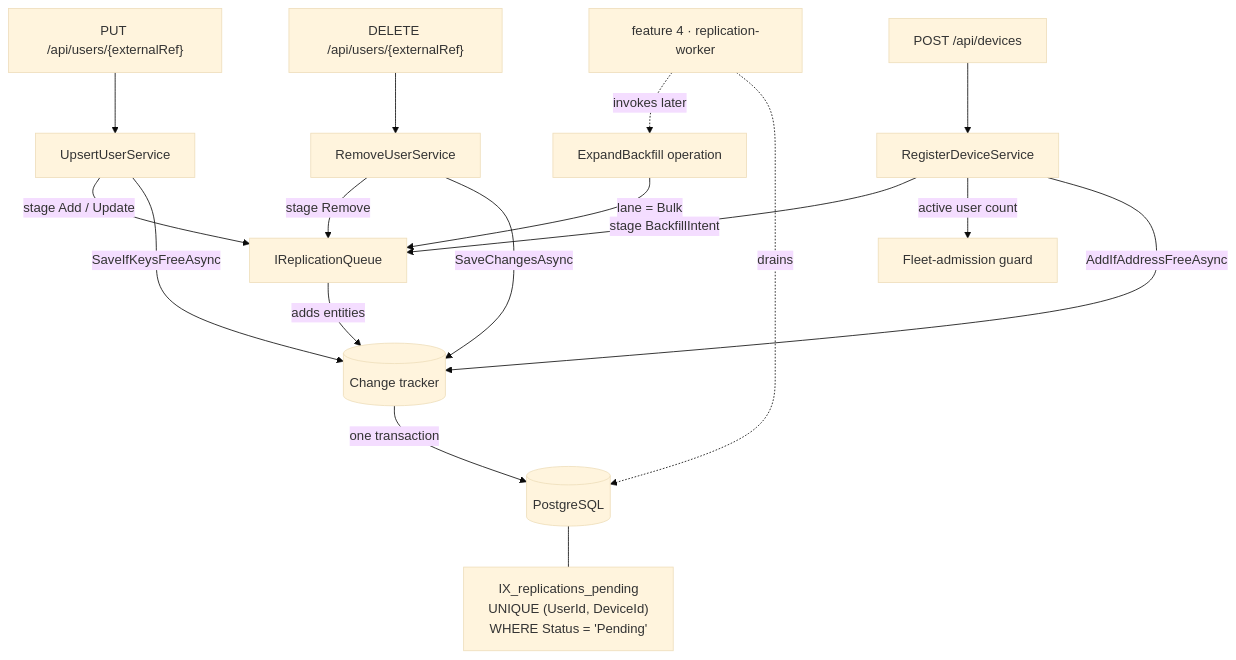
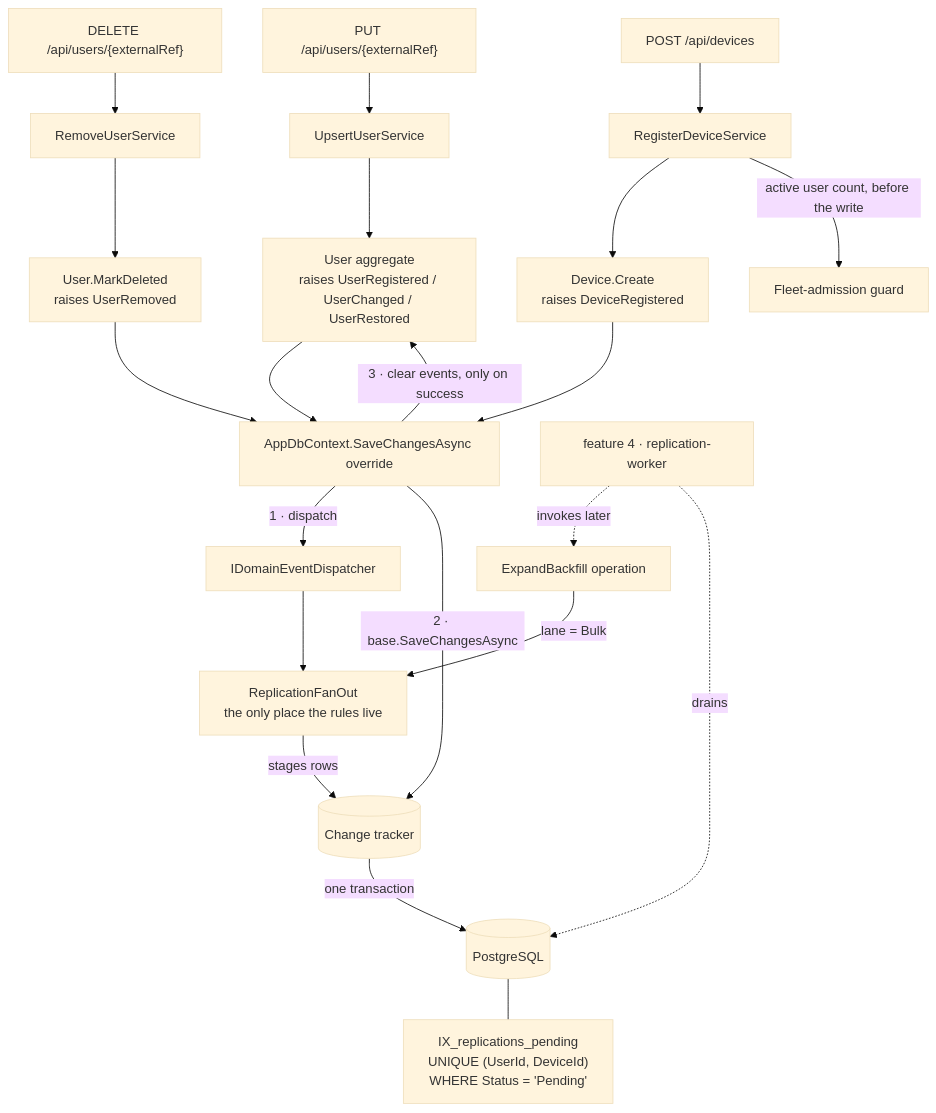
One commit to obogoni/hikvision-replicator changed the diagram in .specs/features/replication-queue/design.md. Above: the diagram before and after it, drawn with Mermaid (base theme). The commit also changed other lines of this file and 1 other file, not shown here.

````diff
--- a/.specs/features/replication-queue/design.md
+++ b/.specs/features/replication-queue/design.md
@@ -18,23 +27,27 @@
 ```mermaid
 graph TD
     PUT["PUT /api/users/{externalRef}"] --> UPS[UpsertUserService]
     DEL["DELETE /api/users/{externalRef}"] --> REM[RemoveUserService]
     REG["POST /api/devices"] --> RGD[RegisterDeviceService]
 
-    UPS -->|stage Add / Update| Q[IReplicationQueue]
-    REM -->|stage Remove| Q
-    RGD -->|stage BackfillIntent| Q
-    RGD -->|active user count| GUARD[Fleet-admission guard]
+    UPS --> AGG["User aggregate<br/>raises UserRegistered / UserChanged / UserRestored"]
+    REM --> AGG2["User.MarkDeleted<br/>raises UserRemoved"]
+    RGD --> AGG3["Device.Create<br/>raises DeviceRegistered"]
+    RGD -->|active user count, before the write| GUARD[Fleet-admission guard]
 
-    Q -->|adds entities| CT[(Change tracker)]
-    UPS -->|SaveIfKeysFreeAsync| CT
-    REM -->|SaveChangesAsync| CT
-    RGD -->|AddIfAddressFreeAsync| CT
+    AGG --> SAVE
+    AGG2 --> SAVE
+    AGG3 --> SAVE
+    SAVE["AppDbContext.SaveChangesAsync override"] -->|1 · dispatch| DISP[IDomainEventDispatcher]
+    DISP --> FAN["ReplicationFanOut<br/>the only place the rules live"]
+    FAN -->|stages rows| CT[(Change tracker)]
+    SAVE -->|2 · base.SaveChangesAsync| CT
+    CT -->|one transaction| DB[(PostgreSQL)]
+    SAVE -->|3 · clear events, only on success| AGG
 
-    CT -->|one transaction| DB[(PostgreSQL)]
     DB --- IDX["IX_replications_pending<br/>UNIQUE (UserId, DeviceId)<br/>WHERE Status = 'Pending'"]
 
-    EXP[ExpandBackfill operation] -->|lane = Bulk| Q
+    EXP[ExpandBackfill operation] -->|lane = Bulk| FAN
     F4["feature 4 · replication-worker"] -.invokes later.-> EXP
     F4 -.drains.-> DB
 ```
````
